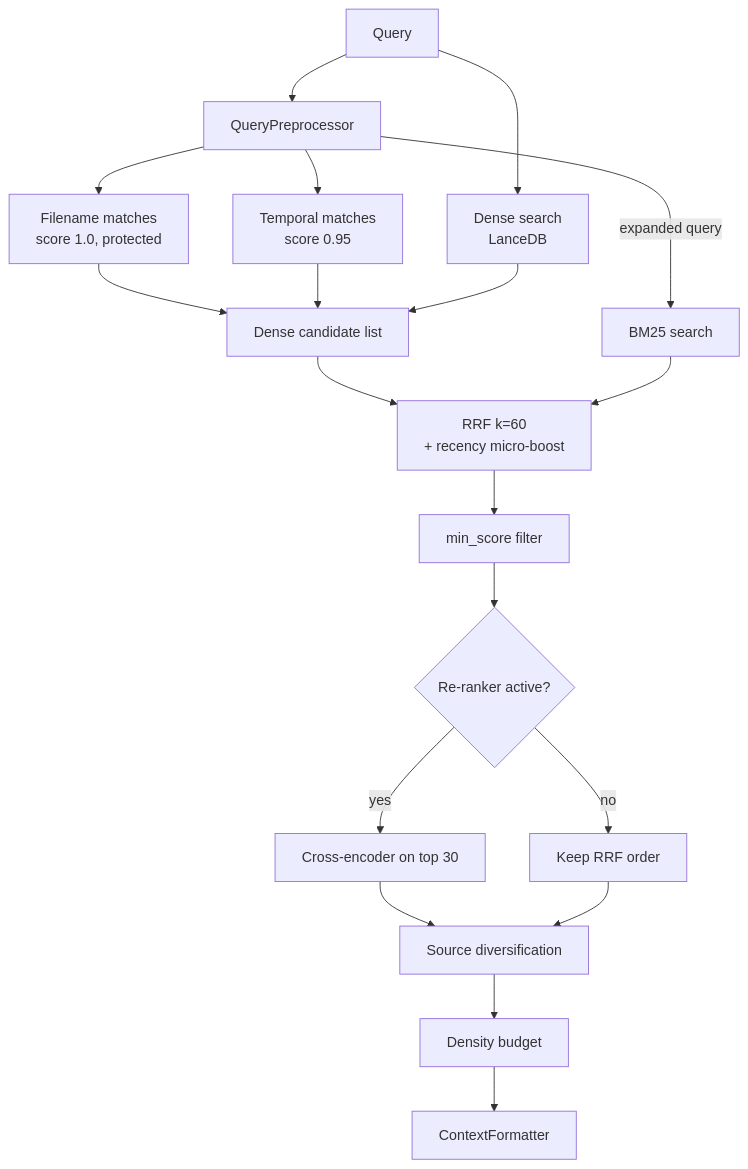
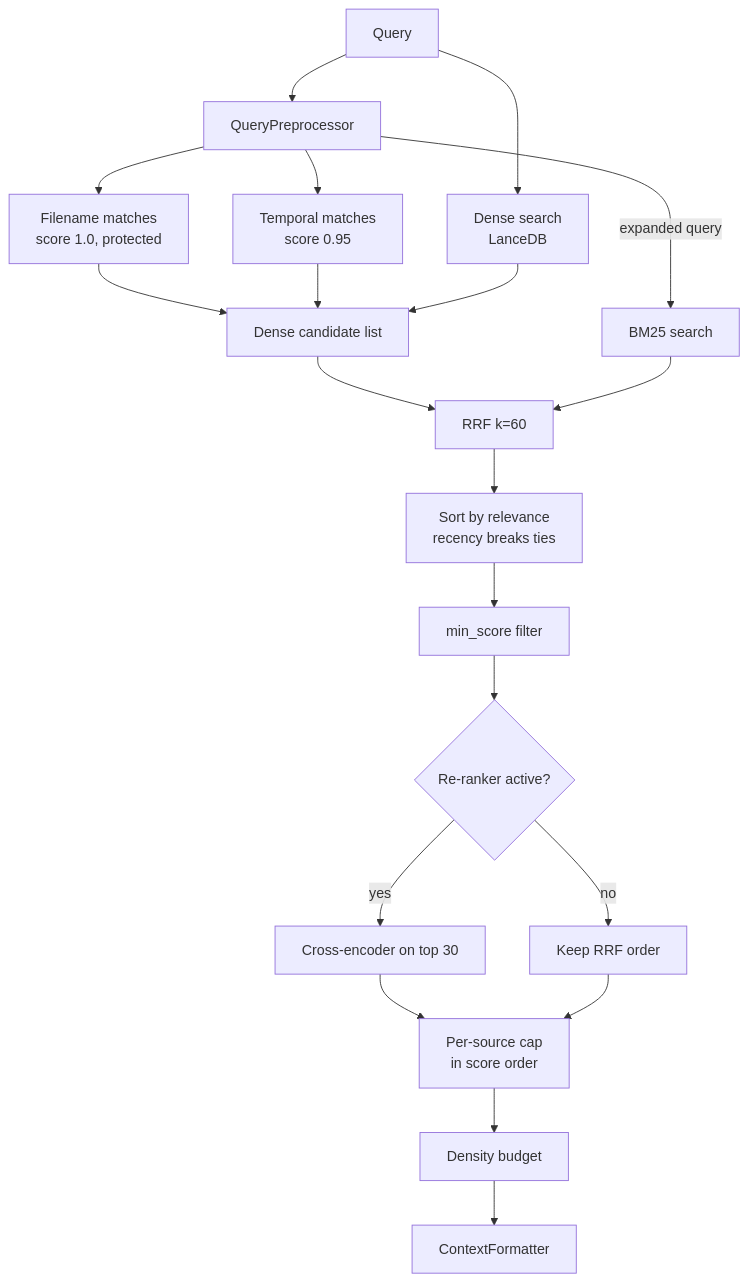
One commit to Levix-Digital/any-context changed the diagram in docs/architecture/retrieval.md. Above: the diagram before and after it, drawn with Mermaid. The commit also changed other lines of this file and 4 other files, not shown here.

First line of the commit message:
docs(retrieval): ADR-0138 retrieval order follows relevance

````diff
--- a/docs/architecture/retrieval.md
+++ b/docs/architecture/retrieval.md
@@ -36,17 +36,18 @@
 ```mermaid
 flowchart TD
     Q[Query] --> P[QueryPreprocessor]
     P --> F[Filename matches<br/>score 1.0, protected]
     P --> T[Temporal matches<br/>score 0.95]
     Q --> D[Dense search<br/>LanceDB]
     P -->|expanded query| B[BM25 search]
     F & T & D --> DL[Dense candidate list]
-    DL & B --> RRF[RRF k=60<br/>+ recency micro-boost]
-    RRF --> MS[min_score filter]
+    DL & B --> RRF[RRF k=60]
+    RRF --> SORT[Sort by relevance<br/>recency breaks ties]
+    SORT --> MS[min_score filter]
     MS --> RR{Re-ranker active?}
     RR -->|yes| CE[Cross-encoder on top 30]
     RR -->|no| KEEP[Keep RRF order]
-    CE & KEEP --> DIV[Source diversification]
+    CE & KEEP --> DIV[Per-source cap<br/>in score order]
     DIV --> BUD[Density budget]
     BUD --> FMT[ContextFormatter]
 ```
````
